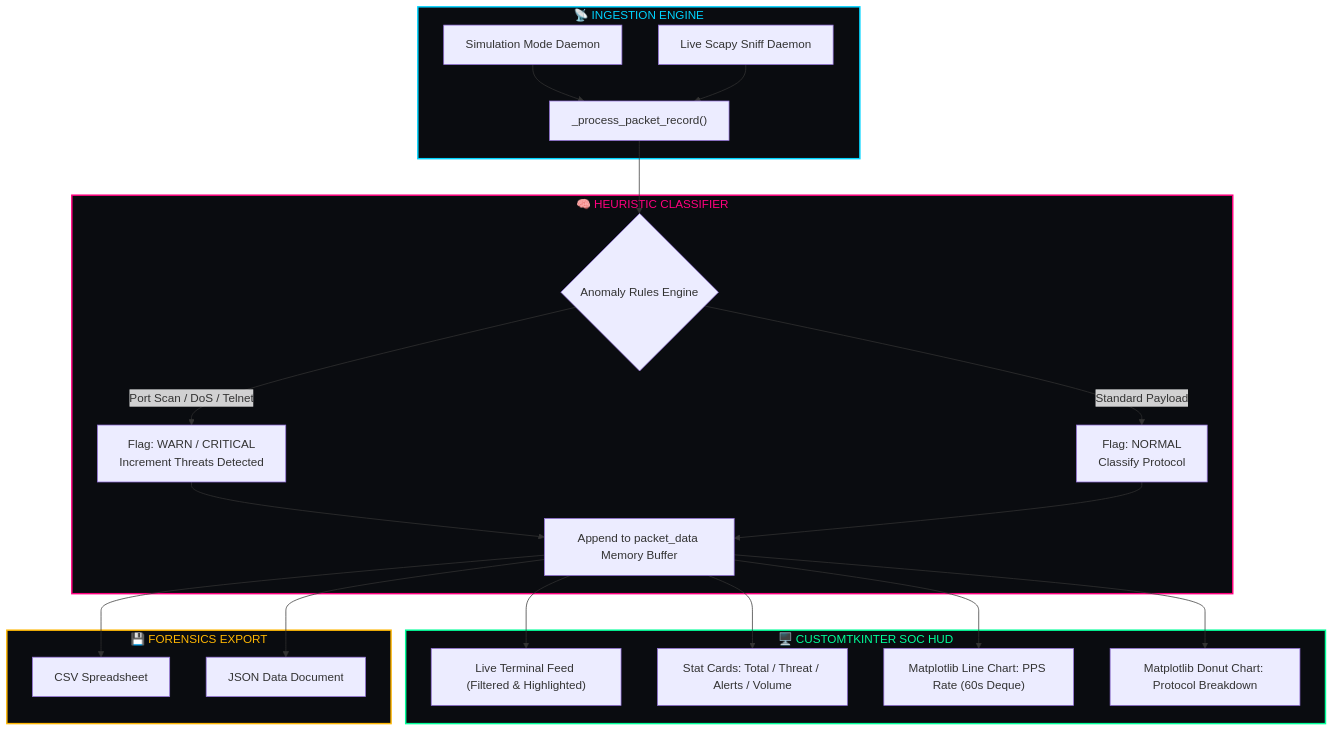
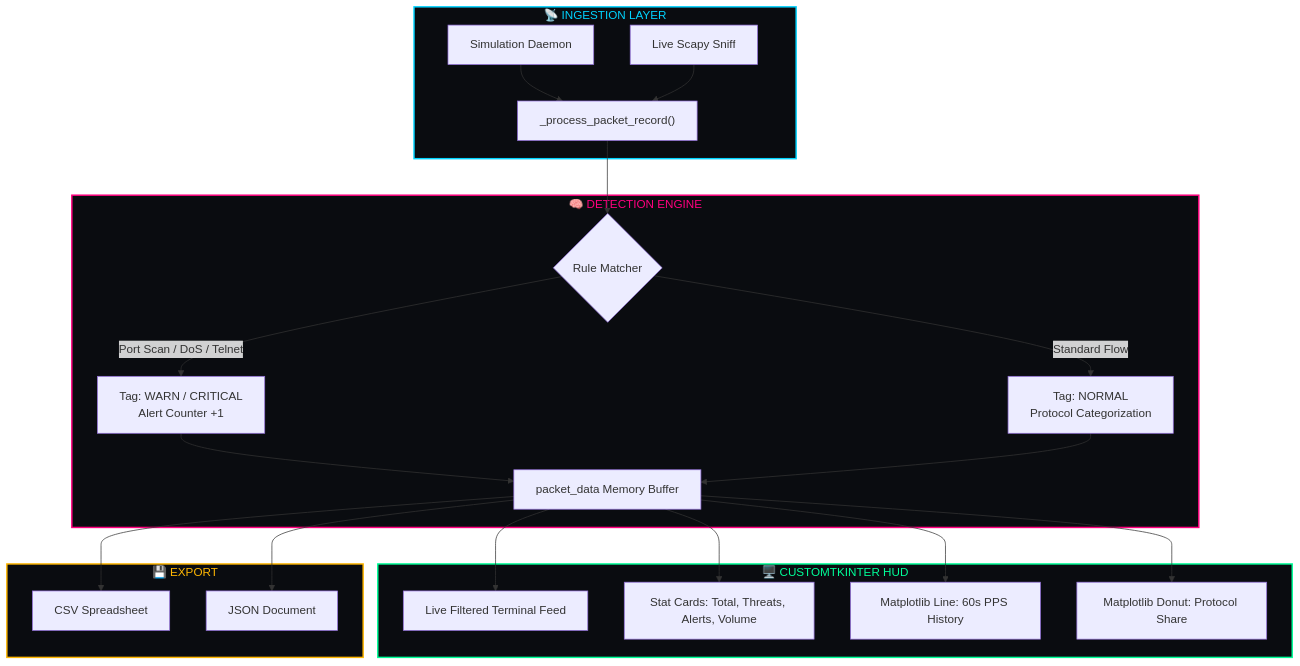
Before and after one commit to PriyanshuPundir01/CyberSentinal: the third of 3 diagrams in README.md, drawn with Mermaid. The commit also changed other lines of this file, not shown here.

````diff
--- a/README.md
+++ b/README.md
@@ -103,31 +109,31 @@
 ```mermaid
 flowchart TD
-    subgraph S1 ["📡 INGESTION ENGINE"]
-        A1["Simulation Mode Daemon"] --> B["_process_packet_record()"]
-        A2["Live Scapy Sniff Daemon"] --> B
+    subgraph Ingestion ["📡 INGESTION LAYER"]
+        A1["Simulation Daemon"] --> B["_process_packet_record()"]
+        A2["Live Scapy Sniff"] --> B
     end
 
-    subgraph S2 ["🧠 HEURISTIC CLASSIFIER"]
-        B --> C{"Anomaly Rules Engine"}
-        C -->|Port Scan / DoS / Telnet| D1["Flag: WARN / CRITICAL\nIncrement Threats Detected"]
-        C -->|Standard Payload| D2["Flag: NORMAL\nClassify Protocol"]
-        D1 & D2 --> E["Append to packet_data Memory Buffer"]
+    subgraph Heuristics ["🧠 DETECTION ENGINE"]
+        B --> C{"Rule Matcher"}
+        C -->|Port Scan / DoS / Telnet| D1["Tag: WARN / CRITICAL\nAlert Counter +1"]
+        C -->|Standard Flow| D2["Tag: NORMAL\nProtocol Categorization"]
+        D1 & D2 --> E["packet_data Memory Buffer"]
     end
 
-    subgraph S3 ["🖥️ CUSTOMTKINTER SOC HUD"]
-        E --> F["Live Terminal Feed (Filtered & Highlighted)"]
-        E --> G["Stat Cards: Total / Threat / Alerts / Volume"]
-        E --> H1["Matplotlib Line Chart: PPS Rate (60s Deque)"]
-        E --> H2["Matplotlib Donut Chart: Protocol Breakdown"]
+    subgraph Interface ["🖥️ CUSTOMTKINTER HUD"]
+        E --> F["Live Filtered Terminal Feed"]
+        E --> G["Stat Cards: Total, Threats, Alerts, Volume"]
+        E --> H1["Matplotlib Line: 60s PPS History"]
+        E --> H2["Matplotlib Donut: Protocol Share"]
     end
 
-    subgraph S4 ["💾 FORENSICS EXPORT"]
+    subgraph Storage ["💾 EXPORT"]
         E --> I1["CSV Spreadsheet"]
-        E --> I2["JSON Data Document"]
+        E --> I2["JSON Document"]
     end
 
-    style S1 fill:#0a0c10,stroke:#00d4ff,stroke-width:2px,color:#00d4ff
-    style S2 fill:#0a0c10,stroke:#ff007f,stroke-width:2px,color:#ff007f
-    style S3 fill:#0a0c10,stroke:#00ff99,stroke-width:2px,color:#00ff99
-    style S4 fill:#0a0c10,stroke:#ffb703,stroke-width:2px,color:#ffb703
+    style Ingestion fill:#0a0c10,stroke:#00d4ff,stroke-width:2px,color:#00d4ff
+    style Heuristics fill:#0a0c10,stroke:#ff007f,stroke-width:2px,color:#ff007f
+    style Interface fill:#0a0c10,stroke:#00ff99,stroke-width:2px,color:#00ff99
+    style Storage fill:#0a0c10,stroke:#ffb703,stroke-width:2px,color:#ffb703
 ```
````
